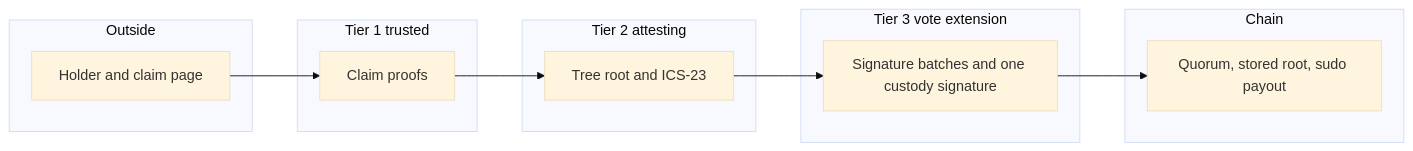
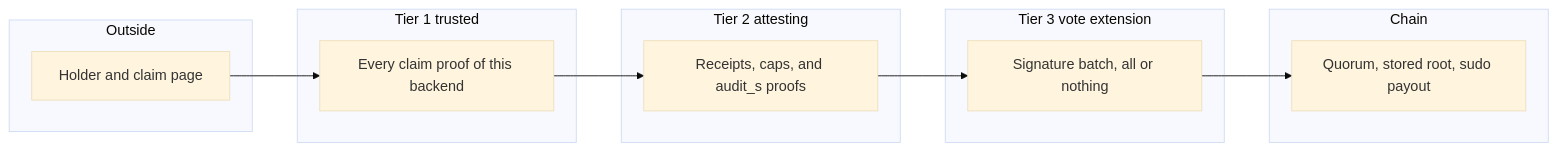
One commit to terpnetwork/terp-rs changed the second of 3 diagrams in tools/headstash/docs/circuit/HASHMARKET-HEADSTASH-INTEGRATION.md. Above: the diagram before and after it, drawn with Mermaid (base theme). The commit also changed other lines of this file, not shown here.

First line of the commit message:
docs(headstash): record the epoch claim spec

````diff
--- a/tools/headstash/docs/circuit/HASHMARKET-HEADSTASH-INTEGRATION.md
+++ b/tools/headstash/docs/circuit/HASHMARKET-HEADSTASH-INTEGRATION.md
@@ -82,19 +326,19 @@
 ```mermaid
 flowchart LR
   subgraph outside["Outside"]
     holder["Holder and claim page"]
   end
   subgraph t1["Tier 1 trusted"]
-    proofs["Claim proofs"]
+    proofs["Every claim proof of this backend"]
   end
   subgraph t2["Tier 2 attesting"]
-    ics["Tree root and ICS-23"]
+    sample["Receipts, caps, and audit_s proofs"]
   end
   subgraph t3["Tier 3 vote extension"]
-    sigs["Signature batches and one custody signature"]
+    sigs["Signature batch, all or nothing"]
   end
   subgraph chain["Chain"]
     pay["Quorum, stored root, sudo payout"]
   end
-  holder --> proofs --> ics --> sigs --> pay
+  holder --> proofs --> sample --> sigs --> pay
 ```
````
